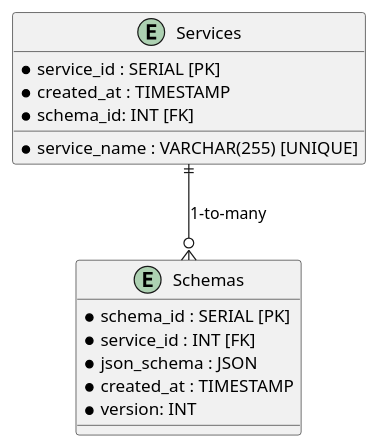
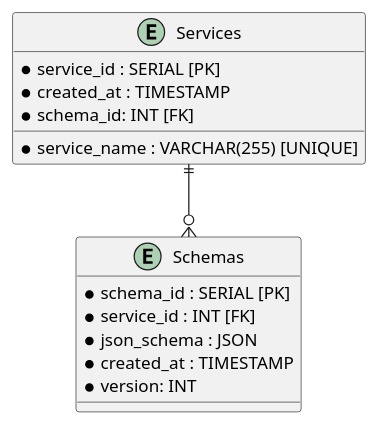
The diagram in PracticeTasks/Module2/Task_11/OpenAPIGenerator_DB.puml (fanglores/Advanced-Software-Design), drawn with PlantUML before and after one commit. The commit also changed 5 other files, not shown here.

```diff
--- a/PracticeTasks/Module2/Task_11/OpenAPIGenerator_DB.puml
+++ b/PracticeTasks/Module2/Task_11/OpenAPIGenerator_DB.puml
@@ -1,18 +1,18 @@
 @startuml
 entity "Services" {
     * service_id : SERIAL [PK]
     * service_name : VARCHAR(255) [UNIQUE]
     * created_at : TIMESTAMP
     * schema_id: INT [FK]
 }
 
 entity "Schemas" {
     * schema_id : SERIAL [PK]
     * service_id : INT [FK]
     * json_schema : JSON
     * created_at : TIMESTAMP
     * version: INT
 }
 
-Services ||--o{ Schemas : "1-to-many"
+Services ||--o{ Schemas
 @enduml
```
